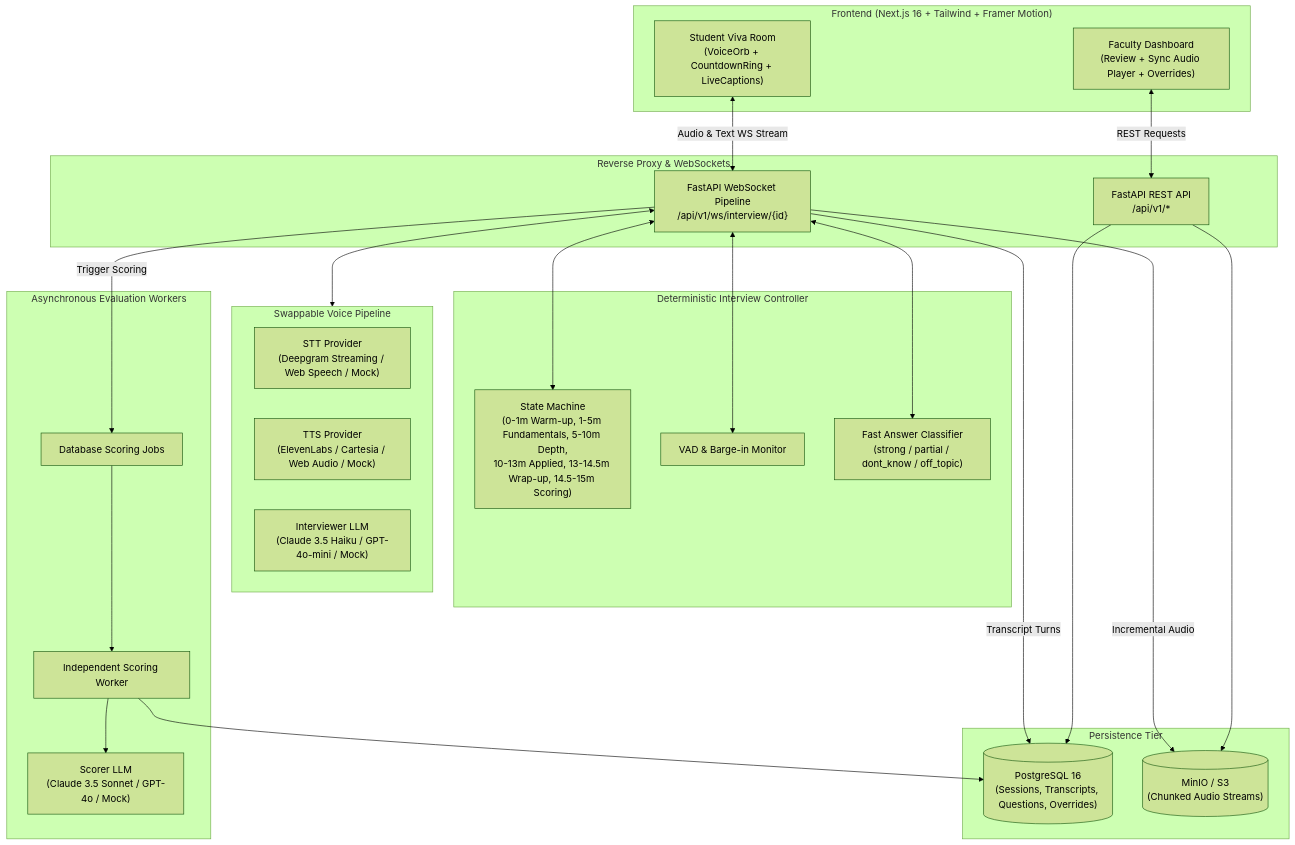
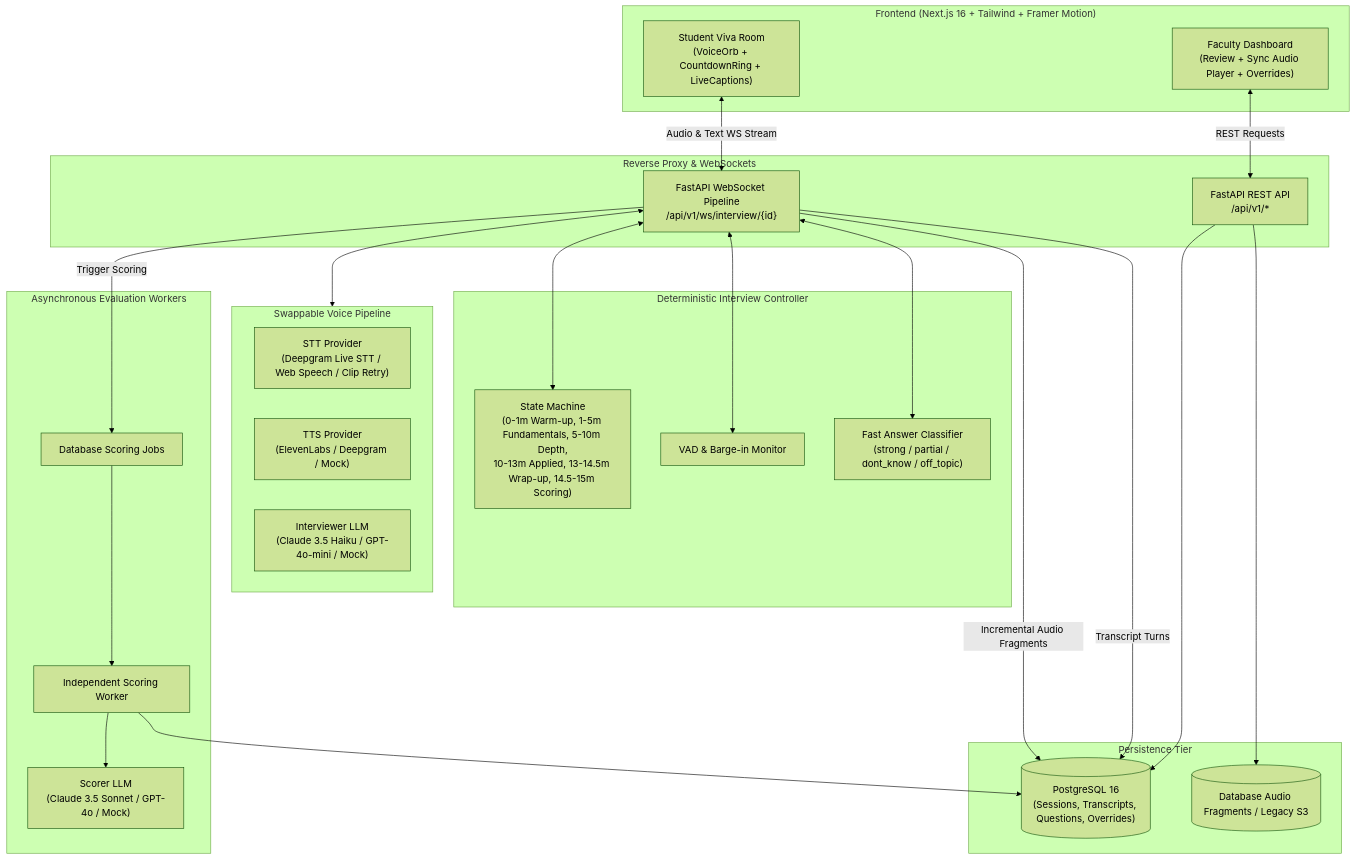
The first of 2 diagrams in README.md (harshkoli1255/VivaAI), drawn with Mermaid (forest theme) before and after one commit. The commit also changed other lines of this file and 117 other files, not shown here.

````diff
--- a/README.md
+++ b/README.md
@@ -9,54 +9,54 @@
 ```mermaid
 flowchart TD
     subgraph Client ["Frontend (Next.js 16 + Tailwind + Framer Motion)"]
         UI_Student["Student Viva Room\n(VoiceOrb + CountdownRing + LiveCaptions)"]
         UI_Faculty["Faculty Dashboard\n(Review + Sync Audio Player + Overrides)"]
     end
 
     subgraph Gateway ["Reverse Proxy & WebSockets"]
         WS["FastAPI WebSocket Pipeline\n/api/v1/ws/interview/{id}"]
         API["FastAPI REST API\n/api/v1/*"]
     end
 
     subgraph ControllerEngine ["Deterministic Interview Controller"]
         StateMachine["State Machine\n(0-1m Warm-up, 1-5m Fundamentals, 5-10m Depth,\n10-13m Applied, 13-14.5m Wrap-up, 14.5-15m Scoring)"]
         VAD["VAD & Barge-in Monitor"]
         Classifier["Fast Answer Classifier\n(strong / partial / dont_know / off_topic)"]
     end
 
     subgraph SpeechPipeline ["Swappable Voice Pipeline"]
-        STT["STT Provider\n(Deepgram Streaming / Web Speech / Mock)"]
-        TTS["TTS Provider\n(ElevenLabs / Cartesia / Web Audio / Mock)"]
+        STT["STT Provider\n(Deepgram Live STT / Web Speech / Clip Retry)"]
+        TTS["TTS Provider\n(ElevenLabs / Deepgram / Mock)"]
         FastLLM["Interviewer LLM\n(Claude 3.5 Haiku / GPT-4o-mini / Mock)"]
     end
 
     subgraph EvaluationJob ["Asynchronous Evaluation Workers"]
         Queue["Database Scoring Jobs"]
         CeleryWorker["Independent Scoring Worker"]
         StrongLLM["Scorer LLM\n(Claude 3.5 Sonnet / GPT-4o / Mock)"]
     end
 
     subgraph DataStorage ["Persistence Tier"]
         PG[("PostgreSQL 16\n(Sessions, Transcripts, Questions, Overrides)")]
-        MinIO[("MinIO / S3\n(Chunked Audio Streams)")]
+        MinIO[("Database Audio Fragments / Legacy S3")]
     end
 
     UI_Student <-->|Audio & Text WS Stream| WS
     UI_Faculty <-->|REST Requests| API
 
     WS <--> StateMachine
     WS <--> VAD
     WS <--> Classifier
     WS <--> SpeechPipeline
 
-    WS -->|Incremental Audio| MinIO
+    WS -->|Incremental Audio Fragments| PG
     WS -->|Transcript Turns| PG
 
     WS -->|Trigger Scoring| Queue
     Queue --> CeleryWorker
     CeleryWorker --> StrongLLM
     CeleryWorker --> PG
 
     API --> PG
     API --> MinIO
 ```
````
